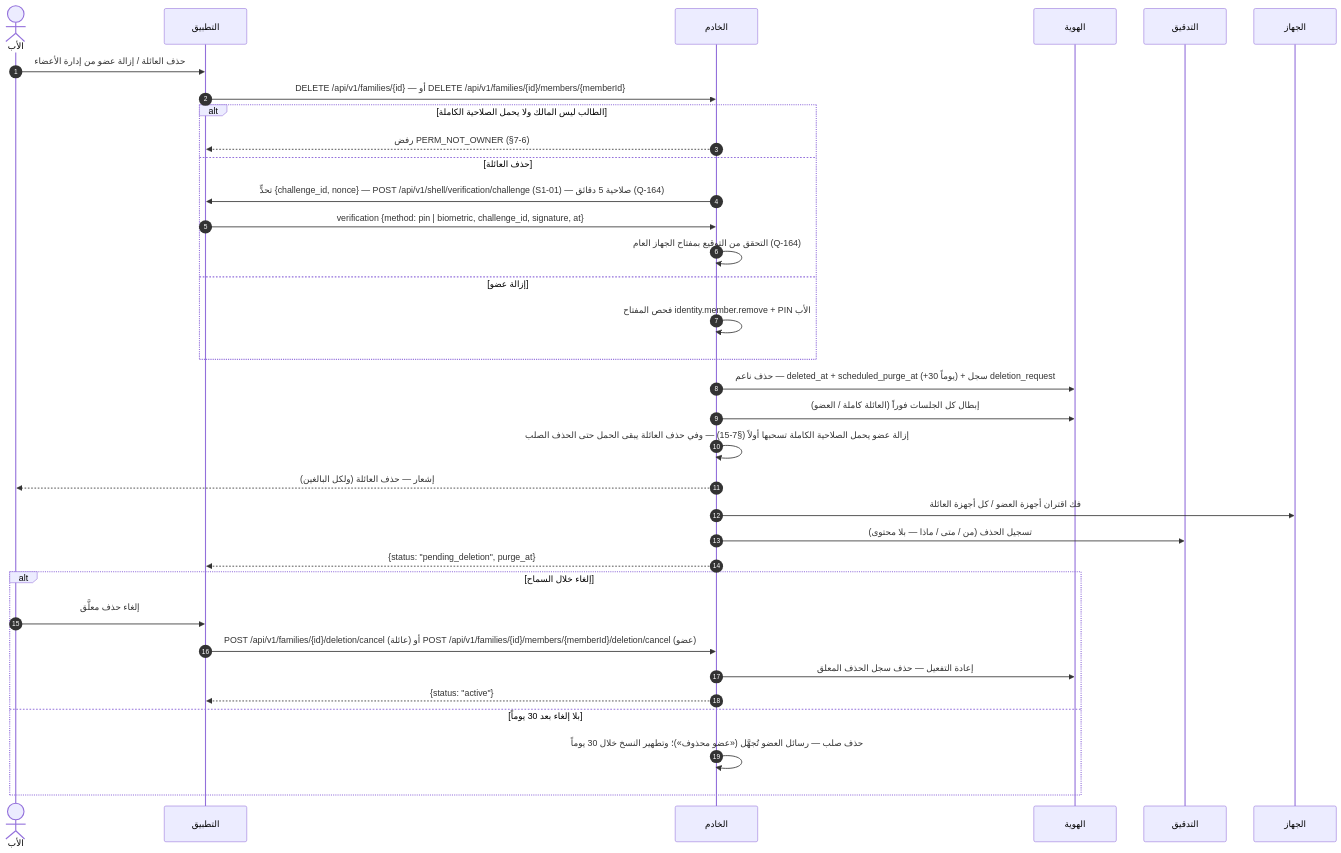
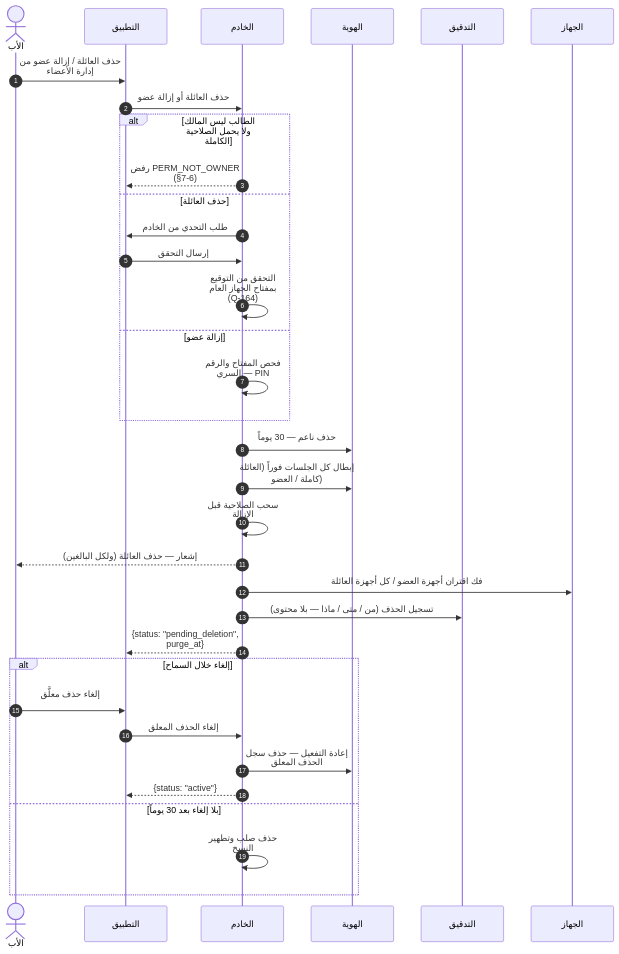
One commit to Bassam-mohammed-alqaeadi/family-os-v2 changed diagram 12 of 39 in docs/family-os/governance/phases/phase-1/S1-03-family-roles-and-permissions/DIAGRAMS.md. Above: the diagram before and after it, drawn with Mermaid. The commit also changed other lines of this file, not shown here.

````diff
--- a/docs/family-os/governance/phases/phase-1/S1-03-family-roles-and-permissions/DIAGRAMS.md
+++ b/docs/family-os/governance/phases/phase-1/S1-03-family-roles-and-permissions/DIAGRAMS.md
@@ -506,36 +557,37 @@
 ```mermaid
+%%{init: {"sequence": {"wrap": true}}}%%
 sequenceDiagram
     autonumber
     actor Father as الأب
     participant App as التطبيق
     participant Ktor as الخادم
     participant S102 as الهوية
     participant Audit as التدقيق
     participant Device as الجهاز
     Father->>App: حذف العائلة / إزالة عضو من إدارة الأعضاء
-    App->>Ktor: DELETE /api/v1/families/{id} — أو DELETE /api/v1/families/{id}/members/{memberId}
+    App->>Ktor: حذف العائلة أو إزالة عضو
     alt الطالب ليس المالك ولا يحمل الصلاحية الكاملة
         Ktor-->>App: رفض PERM_NOT_OWNER (§7-6)
     else حذف العائلة
-        Ktor->>App: تحدٍّ {challenge_id, nonce} — POST /api/v1/shell/verification/challenge (S1-01) — صلاحية 5 دقائق (Q-164)
-        App->>Ktor: verification {method: pin | biometric, challenge_id, signature, at}
+        Ktor->>App: طلب التحدي من الخادم
+        App->>Ktor: إرسال التحقق
         Ktor->>Ktor: التحقق من التوقيع بمفتاح الجهاز العام (Q-164)
     else إزالة عضو
-        Ktor->>Ktor: فحص المفتاح identity.member.remove + PIN الأب
+        Ktor->>Ktor: فحص المفتاح والرقم السري — PIN
     end
-    Ktor->>S102: حذف ناعم — deleted_at + scheduled_purge_at (+30 يوماً) + سجل deletion_request
+    Ktor->>S102: حذف ناعم — 30 يوماً
     Ktor->>S102: إبطال كل الجلسات فوراً (العائلة كاملة / العضو)
-    Ktor->>Ktor: إزالة عضو يحمل الصلاحية الكاملة تسحبها أولاً (§7-15) — وفي حذف العائلة يبقى الحمل حتى الحذف الصلب
+    Ktor->>Ktor: سحب الصلاحية قبل الإزالة
     Ktor-->>Father: إشعار — حذف العائلة (ولكل البالغين)
     Ktor->>Device: فك اقتران أجهزة العضو / كل أجهزة العائلة
     Ktor->>Audit: تسجيل الحذف (من / متى / ماذا — بلا محتوى)
     Ktor-->>App: {status: "pending_deletion", purge_at}
     alt إلغاء خلال السماح
         Father->>App: إلغاء حذف معلَّق
-        App->>Ktor: POST /api/v1/families/{id}/deletion/cancel (عائلة) أو POST /api/v1/families/{id}/members/{memberId}/deletion/cancel (عضو)
+        App->>Ktor: إلغاء الحذف المعلق
         Ktor->>S102: إعادة التفعيل — حذف سجل الحذف المعلق
         Ktor-->>App: {status: "active"}
     else بلا إلغاء بعد 30 يوماً
-        Ktor->>Ktor: حذف صلب — رسائل العضو تُجهَّل («عضو محذوف»)؛ وتطهير النسخ خلال 30 يوماً
+        Ktor->>Ktor: حذف صلب وتطهير النسخ
     end
 ```
````
